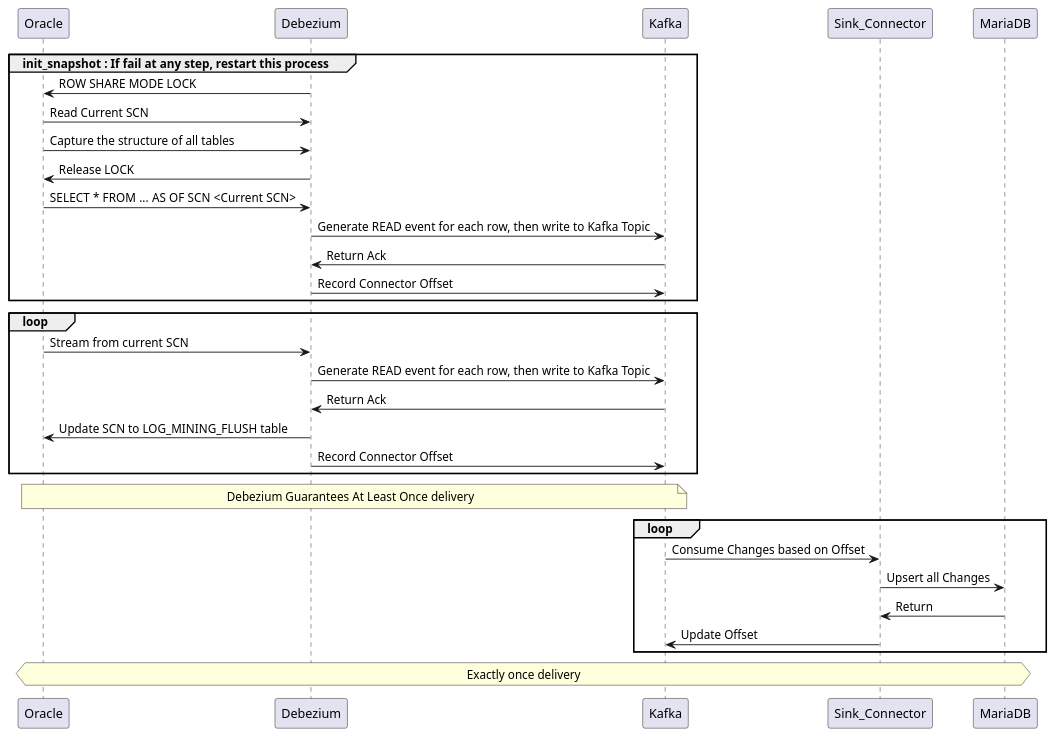
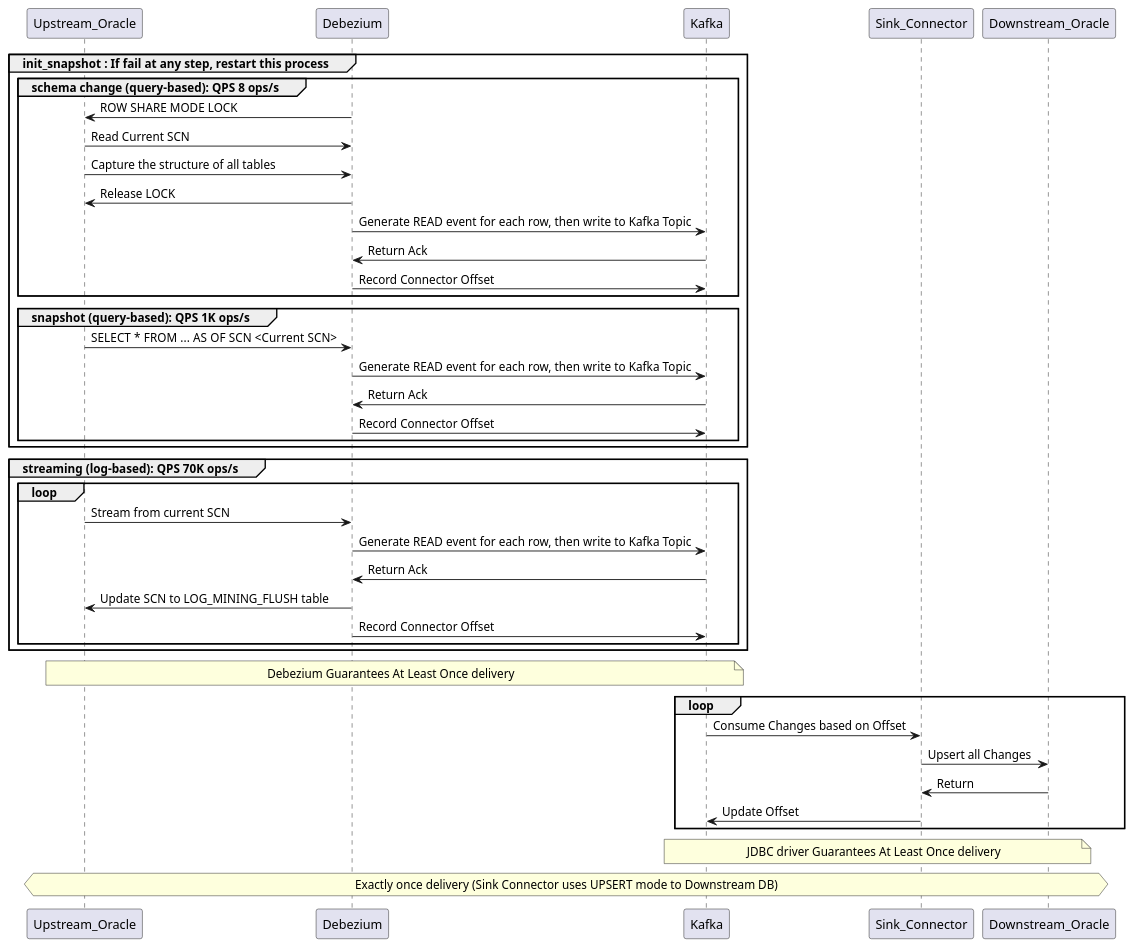
Before and after one commit to omygod613/gg-tools: the diagram in doc/puml/dbrs.puml, drawn with PlantUML.

Commit message:
update sequencial diagram

```diff
--- a/doc/puml/dbrs.puml
+++ b/doc/puml/dbrs.puml
@@ -1,29 +1,38 @@
 @startuml
 group init_snapshot : If fail at any step, restart this process
-Oracle <- Debezium : ROW SHARE MODE LOCK
-Oracle -> Debezium : Read Current SCN
-Oracle -> Debezium : Capture the structure of all tables
-Oracle <- Debezium : Release LOCK
-Oracle -> Debezium : SELECT * FROM  ... AS OF SCN <Current SCN>
-Debezium -> Kafka : Generate READ event for each row, then write to Kafka Topic 
-Debezium <- Kafka : Return Ack
-Debezium -> Kafka : Record Connector Offset
+    group schema change (query-based): QPS 8 ops/s
+        Upstream_Oracle <- Debezium : ROW SHARE MODE LOCK
+        Upstream_Oracle -> Debezium : Read Current SCN
+        Upstream_Oracle -> Debezium : Capture the structure of all tables
+        Upstream_Oracle <- Debezium : Release LOCK
+        Debezium -> Kafka : Generate READ event for each row, then write to Kafka Topic
+        Debezium <- Kafka : Return Ack
+        Debezium -> Kafka : Record Connector Offset
+    end
+    group snapshot (query-based): QPS 1K ops/s
+        Upstream_Oracle -> Debezium : SELECT * FROM  ... AS OF SCN <Current SCN>
+        Debezium -> Kafka : Generate READ event for each row, then write to Kafka Topic
+        Debezium <- Kafka : Return Ack
+        Debezium -> Kafka : Record Connector Offset
+    end
 end
+group streaming (log-based): QPS 70K ops/s
+    loop
+        Upstream_Oracle -> Debezium : Stream from current SCN
+        Debezium -> Kafka : Generate READ event for each row, then write to Kafka Topic
+        Debezium <- Kafka : Return Ack
+        Upstream_Oracle <- Debezium : Update SCN to LOG_MINING_FLUSH table
+        Debezium -> Kafka : Record Connector Offset
+    end
+end
+note over Upstream_Oracle, Kafka : Debezium Guarantees At Least Once delivery
 
 loop
-Oracle -> Debezium : Stream from current SCN
-Debezium -> Kafka : Generate READ event for each row, then write to Kafka Topic 
-Debezium <- Kafka : Return Ack
-Oracle <- Debezium : Update SCN to LOG_MINING_FLUSH table
-Debezium -> Kafka : Record Connector Offset
+    Kafka -> Sink_Connector : Consume Changes based on Offset
+    Sink_Connector -> Downstream_Oracle : Upsert all Changes
+    Sink_Connector <- Downstream_Oracle : Return
+    Kafka <- Sink_Connector : Update Offset
 end
-note over Oracle, Kafka : Debezium Guarantees At Least Once delivery
-
-loop
-Kafka -> Sink_Connector : Consume Changes based on Offset
-Sink_Connector -> MariaDB : Upsert all Changes
-Sink_Connector <- MariaDB : Return
-Kafka <- Sink_Connector : Update Offset
-end
-hnote across : Exactly once delivery
+note over Kafka, Downstream_Oracle : JDBC driver Guarantees At Least Once delivery
+hnote across : Exactly once delivery (Sink Connector uses UPSERT mode to Downstream DB)
 @enduml
```
